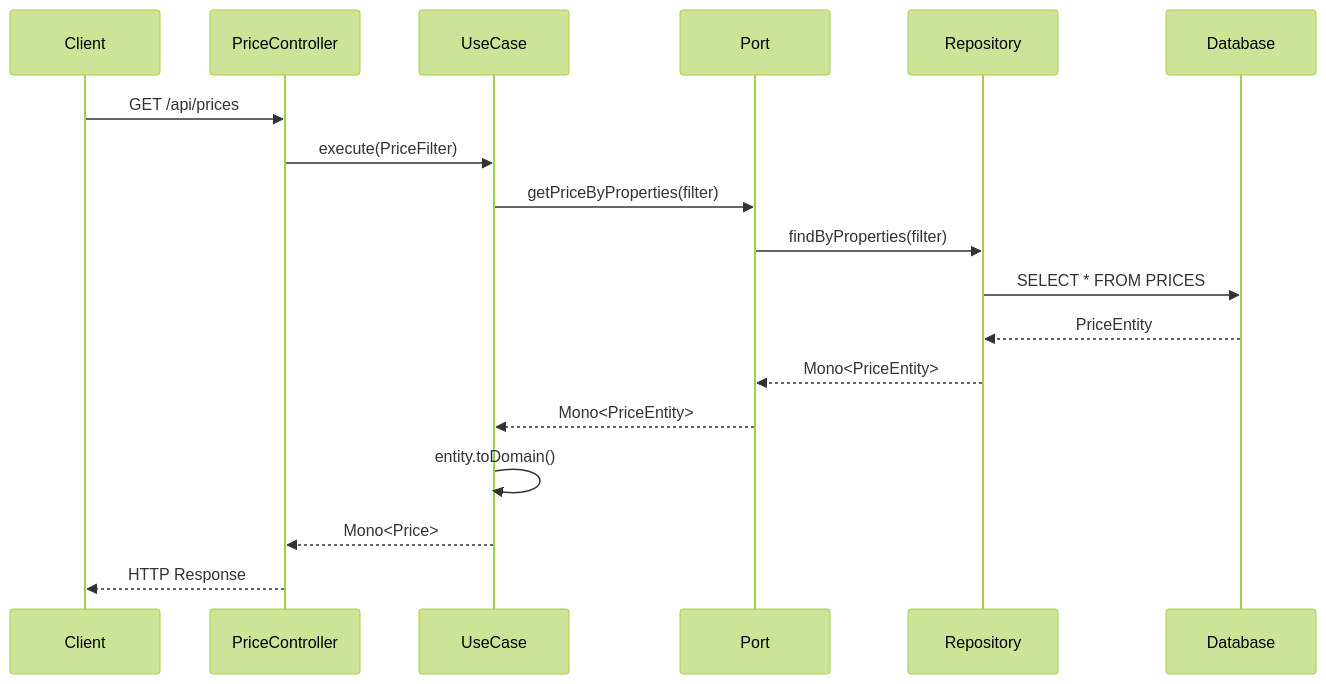
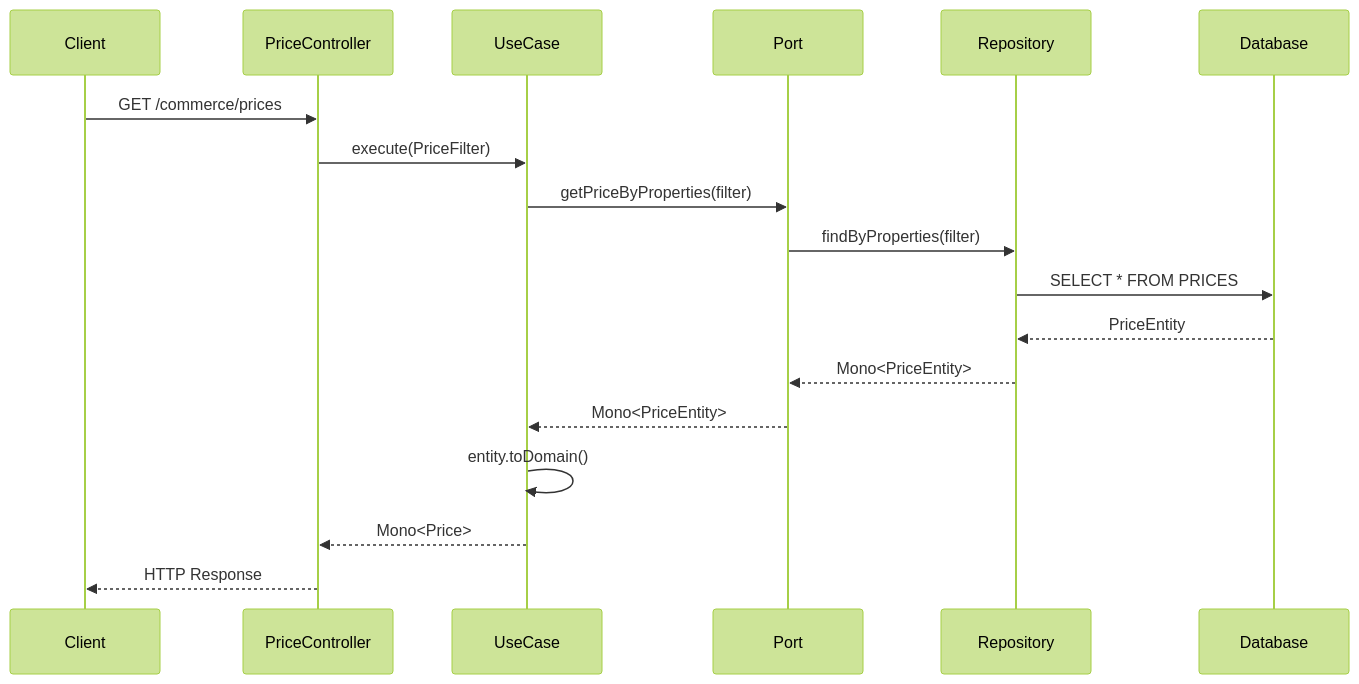
One commit to Sujes71/Commerce changed the diagram in README.md. Above: the diagram before and after it, drawn with Mermaid (forest theme). The commit also changed other lines of this file, not shown here.

````diff
--- a/README.md
+++ b/README.md
@@ -236,21 +237,21 @@
 ```mermaid
 sequenceDiagram
     participant Client
     participant PriceController
     participant UseCase
     participant Port
     participant Repository
     participant Database
 
-    Client->>PriceController: GET /api/prices
+    Client->>PriceController: GET /commerce/prices
     PriceController->>UseCase: execute(PriceFilter)
     UseCase->>Port: getPriceByProperties(filter)
     Port->>Repository: findByProperties(filter)
     Repository->>Database: SELECT * FROM PRICES
     Database-->>Repository: PriceEntity
     Repository-->>Port: Mono<PriceEntity>
     Port-->>UseCase: Mono<PriceEntity>
     UseCase->>UseCase: entity.toDomain()
     UseCase-->>PriceController: Mono<Price>
     PriceController-->>Client: HTTP Response
 ```
````
